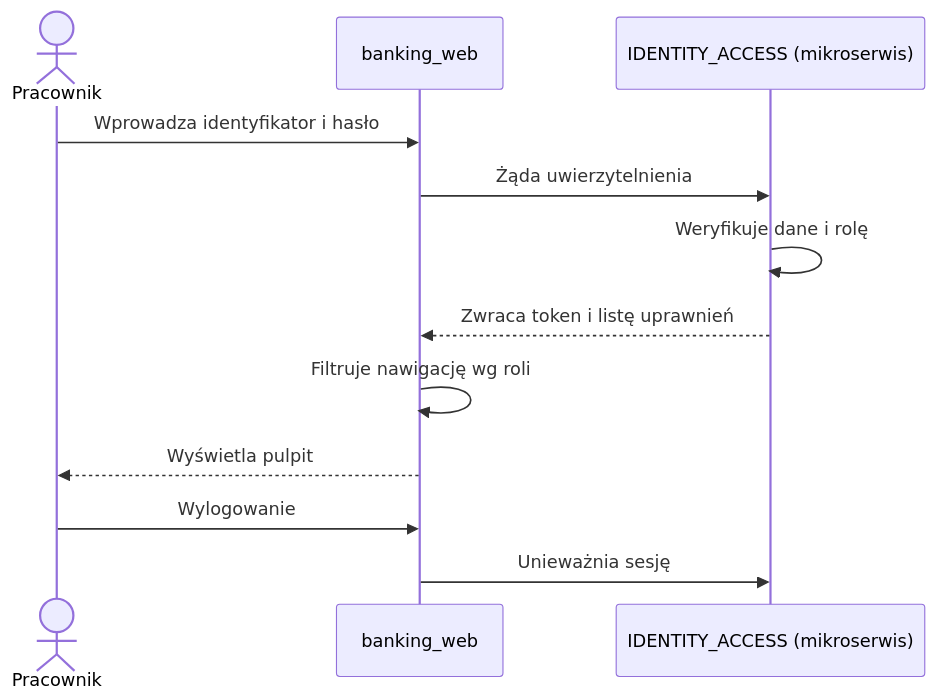
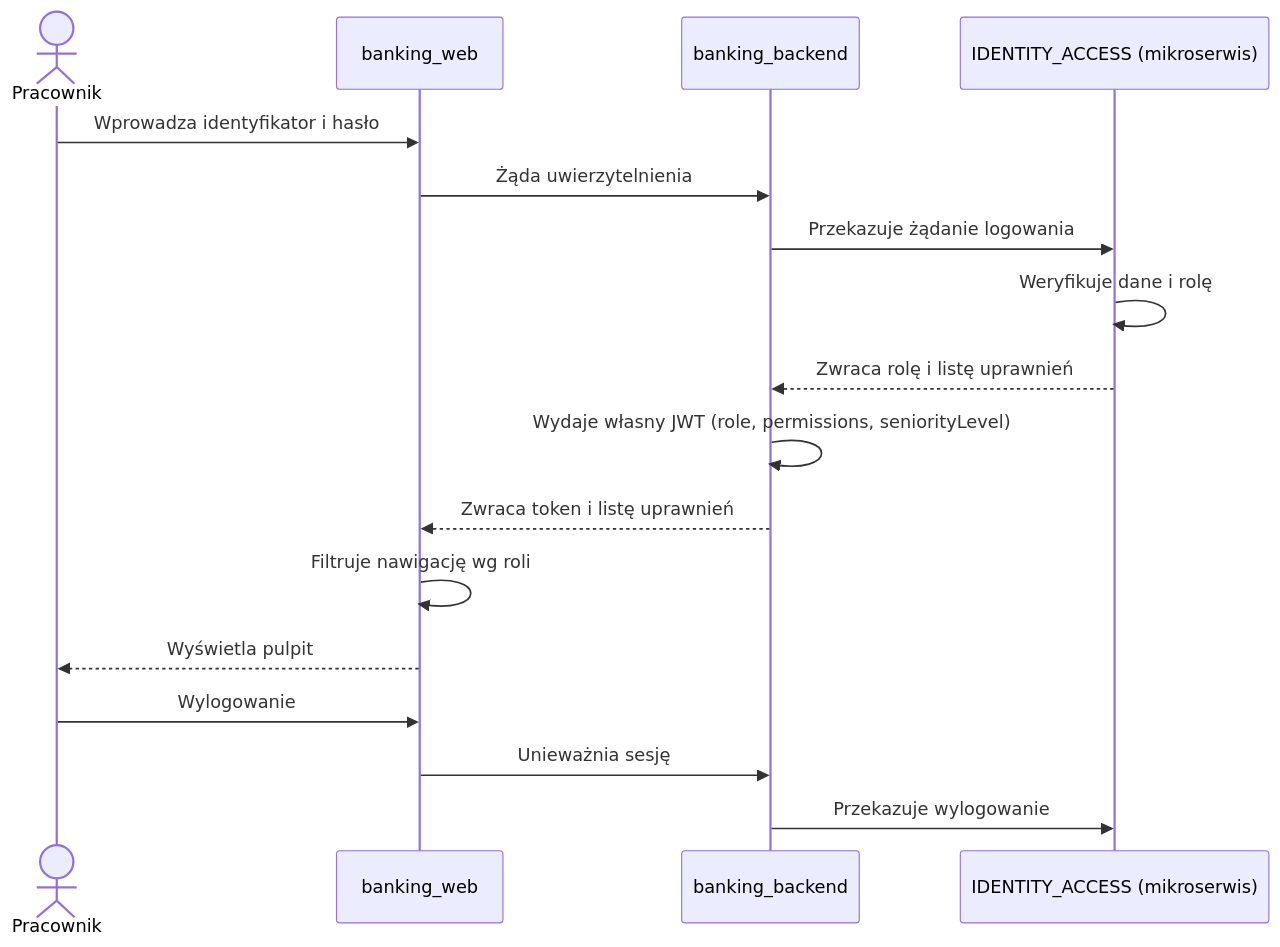
Before and after one commit to RobertNeat/Enterprise_Banking_Platform: the first of 8 diagrams in docs/banking_web_functions(concise).md, drawn with Mermaid. The commit also changed other lines of this file and 106 other files, not shown here.

````diff
--- a/docs/banking_web_functions(concise).md
+++ b/docs/banking_web_functions(concise).md
@@ -290,15 +290,20 @@
 ```mermaid
 sequenceDiagram
     actor Pracownik
     participant WEB as banking_web
+    participant BB as banking_backend
     participant IAM as IDENTITY_ACCESS (mikroserwis)
 
     Pracownik->>WEB: Wprowadza identyfikator i hasło
-    WEB->>IAM: Żąda uwierzytelnienia
+    WEB->>BB: Żąda uwierzytelnienia
+    BB->>IAM: Przekazuje żądanie logowania
     IAM->>IAM: Weryfikuje dane i rolę
-    IAM-->>WEB: Zwraca token i listę uprawnień
+    IAM-->>BB: Zwraca rolę i listę uprawnień
+    BB->>BB: Wydaje własny JWT (role, permissions, seniorityLevel)
+    BB-->>WEB: Zwraca token i listę uprawnień
     WEB->>WEB: Filtruje nawigację wg roli
     WEB-->>Pracownik: Wyświetla pulpit
     Pracownik->>WEB: Wylogowanie
-    WEB->>IAM: Unieważnia sesję
+    WEB->>BB: Unieważnia sesję
+    BB->>IAM: Przekazuje wylogowanie
 ```
````
